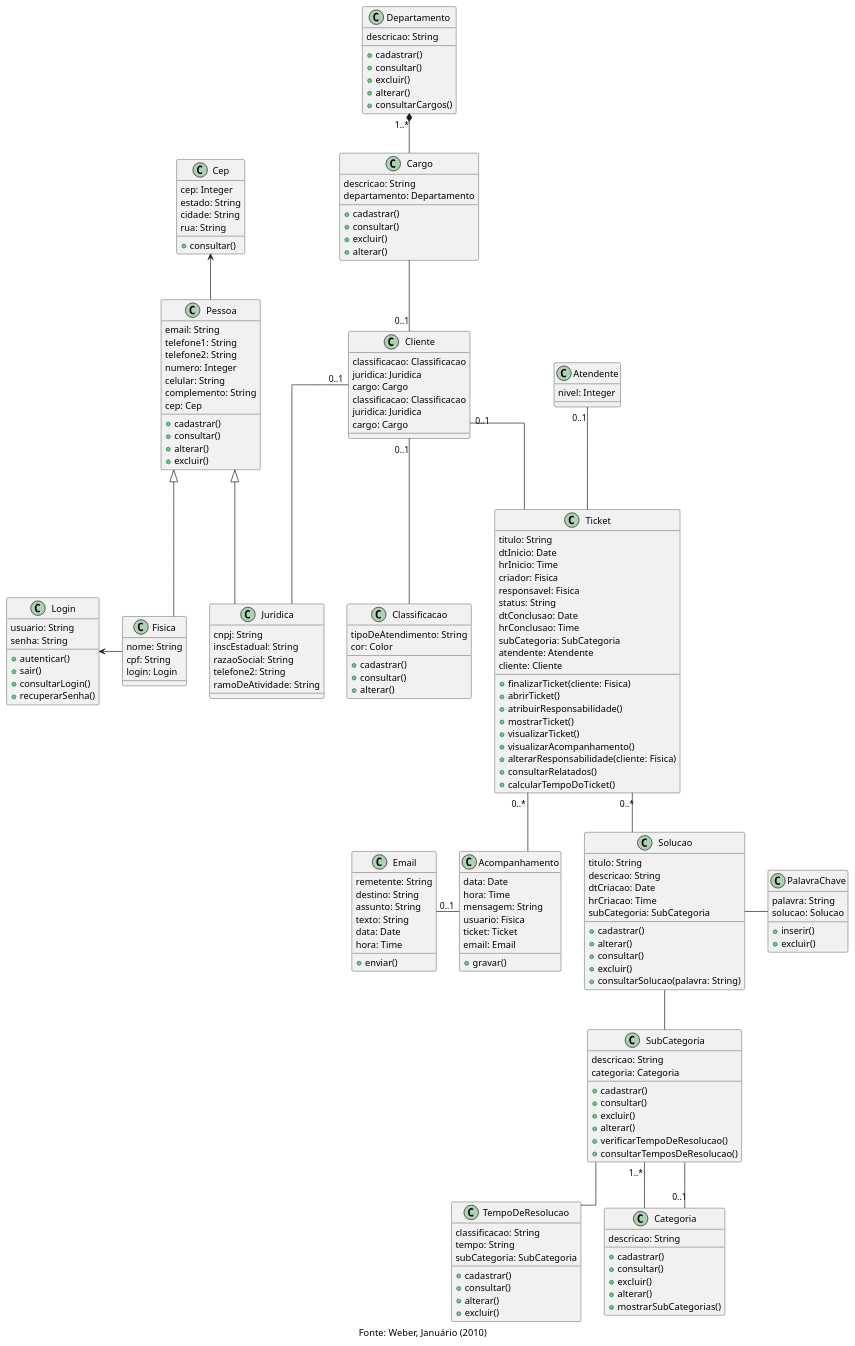
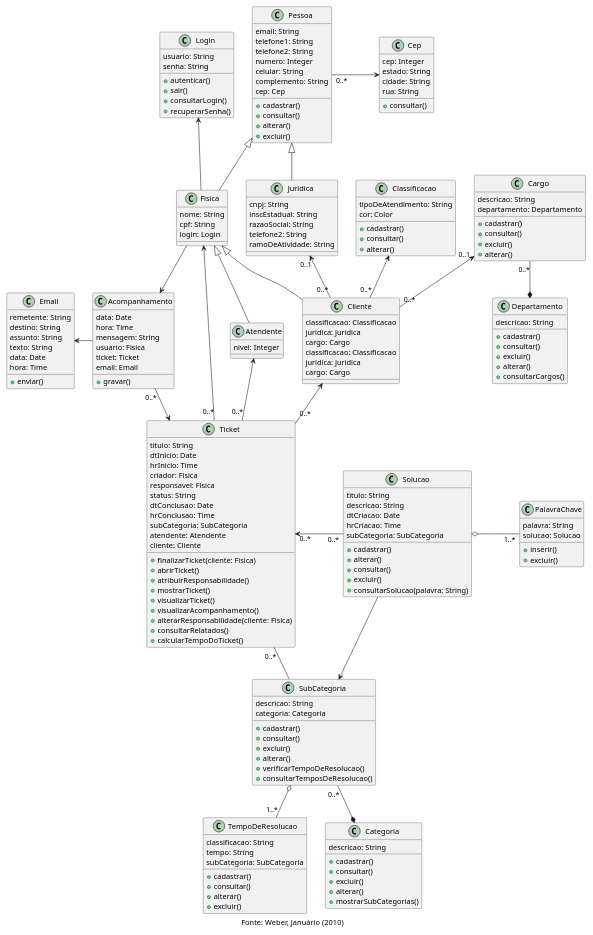
One commit to FabioFlorencio/plantUML changed the diagram in diagramas/class/1-ex.plantuml. Above: the diagram before and after it, drawn with PlantUML. The commit also changed 4 other files, not shown here.

```diff
--- a/diagramas/class/1-ex.plantuml
+++ b/diagramas/class/1-ex.plantuml
@@ -1,6 +1,8 @@
 @startuml
 
-skinparam linetype ortho
+
+scale 0.8
+
 caption Fonte: Weber, Januário (2010)
 
 class Login {
@@ -27,7 +29,7 @@
 }
 
 class Cep {
-    cep: Integer
+    cep: Integer                            
     estado: String
     cidade: String
     rua: String
@@ -188,23 +190,28 @@
 
 ''=========================  RELACOES  ==================================
 
-Fisica -l-> Login
 Pessoa <|-- Juridica
 Pessoa <|-- Fisica
-Pessoa -u-> Cep
-Atendente "0..1" -- Ticket
-Cliente "0..1" -- Ticket
-Cliente "0..1" -- Classificacao
-Cliente "0..1" -d- Juridica
-Cliente "0..1" -u- Cargo
-Cargo -u-* "1..*" Departamento
-SubCategoria "1..*" -- Categoria
-Solucao -d- SubCategoria
-Categoria "0..1" -- SubCategoria
-SubCategoria -- TempoDeResolucao
-Ticket "0..*" -- Acompanhamento
-Ticket "0..*" -d- Solucao
-Acompanhamento "0..1" -l- Email
-Solucao -r- PalavraChave
+Fisica <|-- Cliente
+Fisica <|-- Atendente
+Fisica -u-> Login
+Fisica --> Acompanhamento
+Pessoa "0..*" -r-> Cep : \t\t
+Juridica "0..1" <-- "0..*" Cliente
+Classificacao <-- "0..*" Cliente
+Cargo "0..1" <-- "0..*" Cliente
+Cargo "0..*" --* Departamento
+Atendente <-- "0..*" Ticket
+Cliente <-- "0..*" Ticket
+Fisica <-- "0..*" Ticket
+Ticket "0..*" -r- SubCategoria
+Ticket "0..*" <-r-  "0..*" Solucao :\t\t
+Ticket <-l-  "0..*" Acompanhamento
+Solucao --> SubCategoria
+SubCategoria o-- "1..*" TempoDeResolucao
+Solucao o-r- "1..*" PalavraChave :\t\t
+SubCategoria "0..*" --* Categoria
+Acompanhamento -l-> Email
+
 
 @enduml
```
